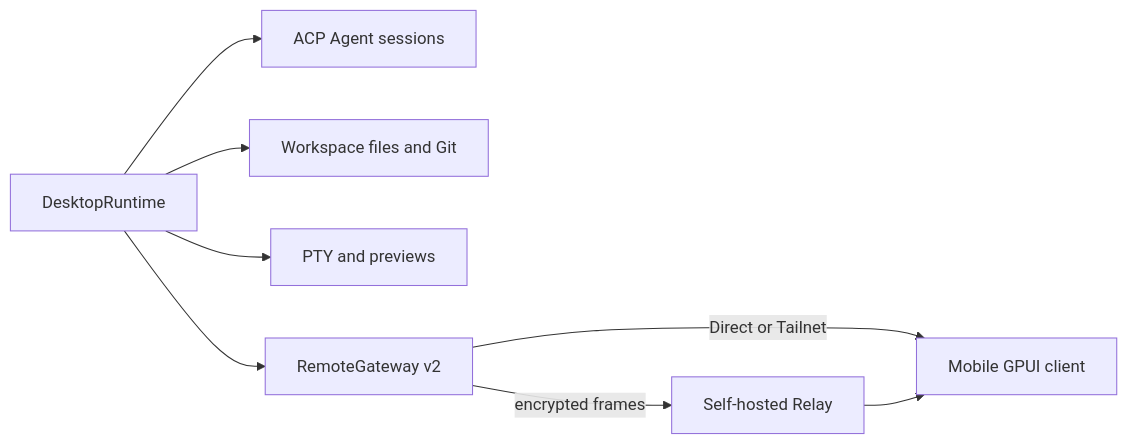
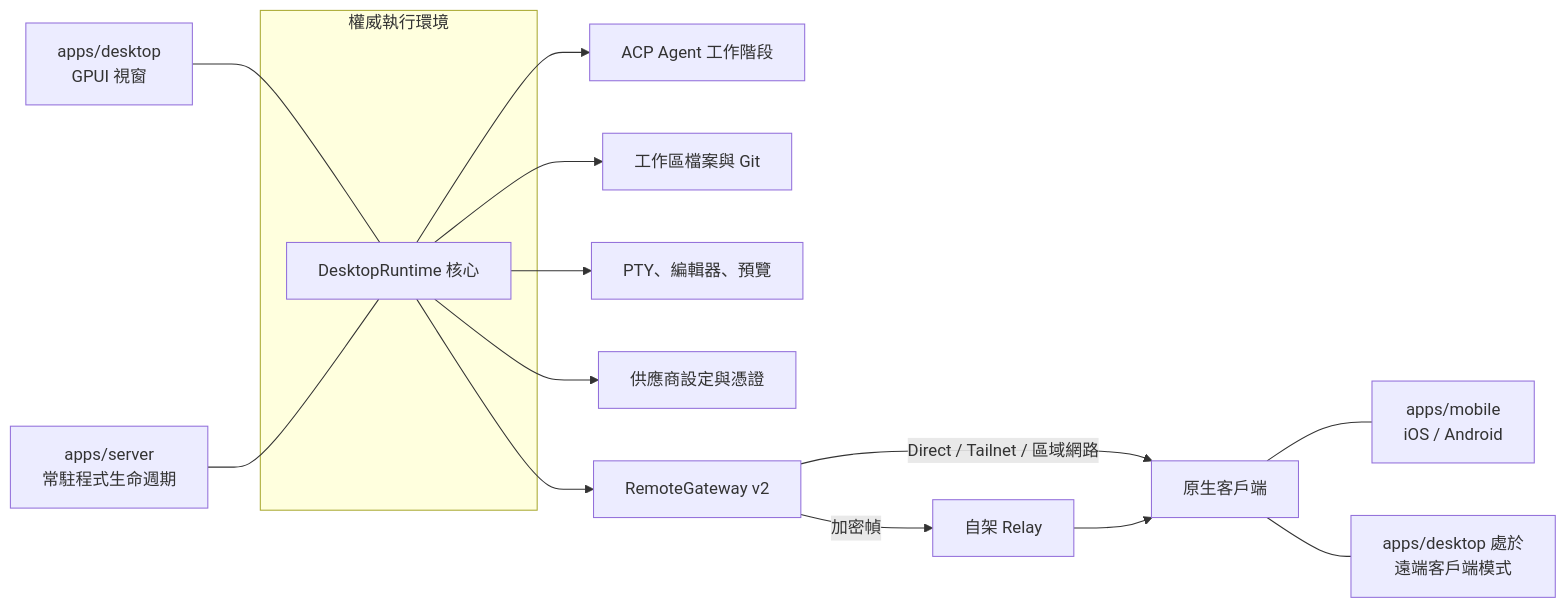
The diagram in zh-TW/developer/architecture.mdx (vibex-ai/vibex-docs), drawn with Mermaid before and after one commit. The commit also changed other lines of this file and 98 other files, not shown here.

````diff
--- a/zh-TW/developer/architecture.mdx
+++ b/zh-TW/developer/architecture.mdx
@@ -10,10 +10,18 @@
 ```mermaid
 flowchart LR
-  D[DesktopRuntime] --> A[ACP Agent sessions]
-  D --> W[Workspace files and Git]
-  D --> T[PTY and previews]
+  subgraph Authority[權威執行環境]
+    D[DesktopRuntime 核心]
+  end
+  D --> A[ACP Agent 工作階段]
+  D --> W[工作區檔案與 Git]
+  D --> T[PTY、編輯器、預覽]
+  D --> P[供應商設定與憑證]
   D --> R[RemoteGateway v2]
-  R -->|Direct or Tailnet| M[Mobile GPUI client]
-  R -->|encrypted frames| X[Self-hosted Relay]
+  R -->|Direct / Tailnet / 區域網路| M[原生客戶端]
+  R -->|加密幀| X[自架 Relay]
   X --> M
+  DE[apps/desktop<br/>GPUI 視窗] --- D
+  SV[apps/server<br/>常駐程式生命週期] --- D
+  M --- MB[apps/mobile<br/>iOS / Android]
+  M --- DKT[apps/desktop 處於<br/>遠端客戶端模式]
 ```
````
